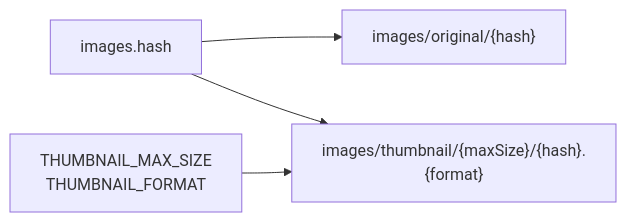
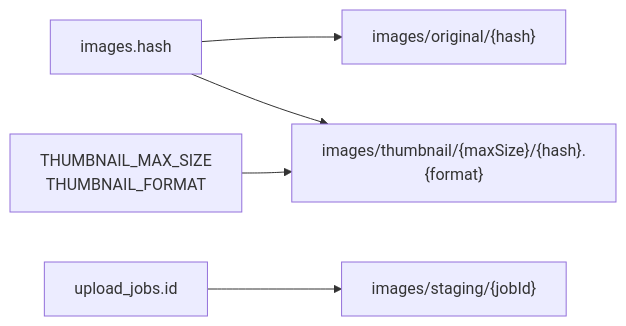
The second of 3 diagrams in docs/data-model.md (tamakara/bakabooru), drawn with Mermaid before and after one commit. The commit also changed other lines of this file and 31 other files, not shown here.

````diff
--- a/docs/data-model.md
+++ b/docs/data-model.md
@@ -91,6 +109,7 @@
 ```mermaid
 flowchart LR
     Row["images.hash"] --> Original["images/original/{hash}"]
     Row --> Thumb["images/thumbnail/{maxSize}/{hash}.{format}"]
+    Job["upload_jobs.id"] --> Staging["images/staging/{jobId}"]
     Config["THUMBNAIL_MAX_SIZE<br/>THUMBNAIL_FORMAT"] --> Thumb
 ```
````
